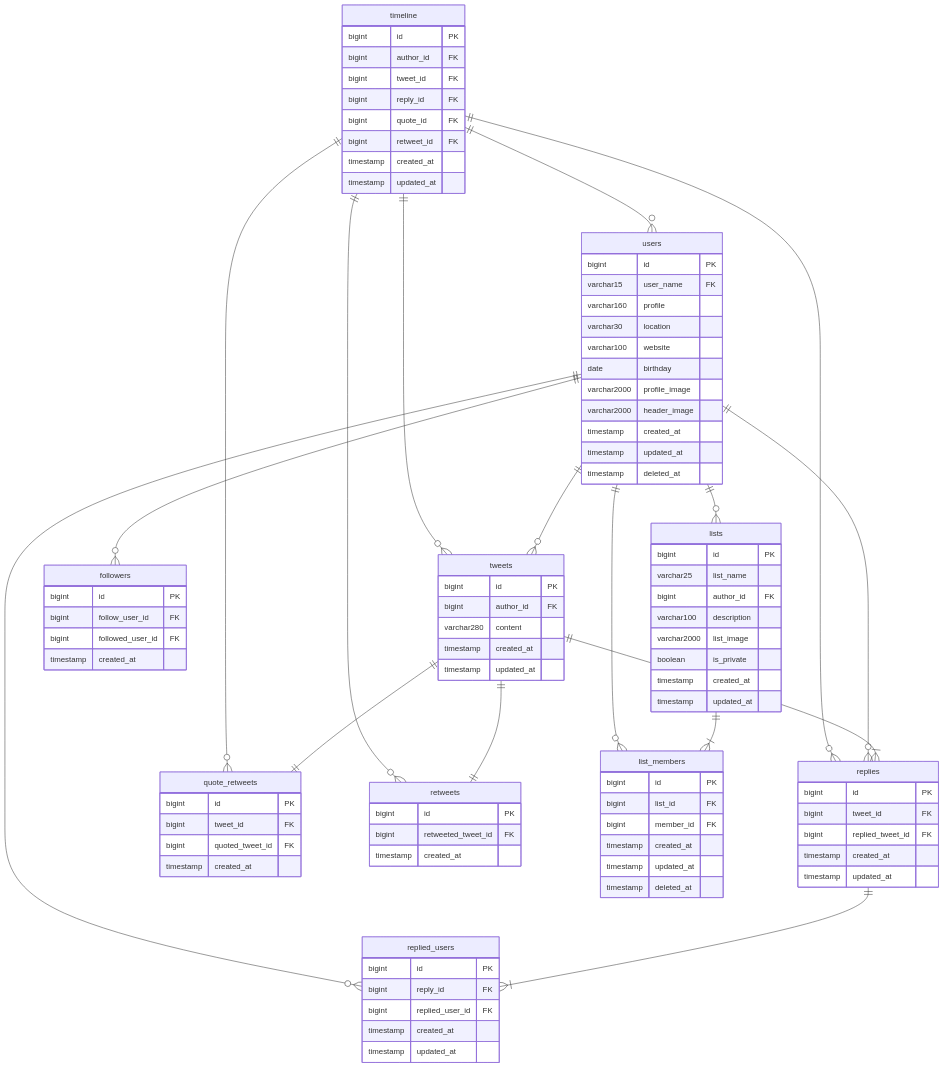
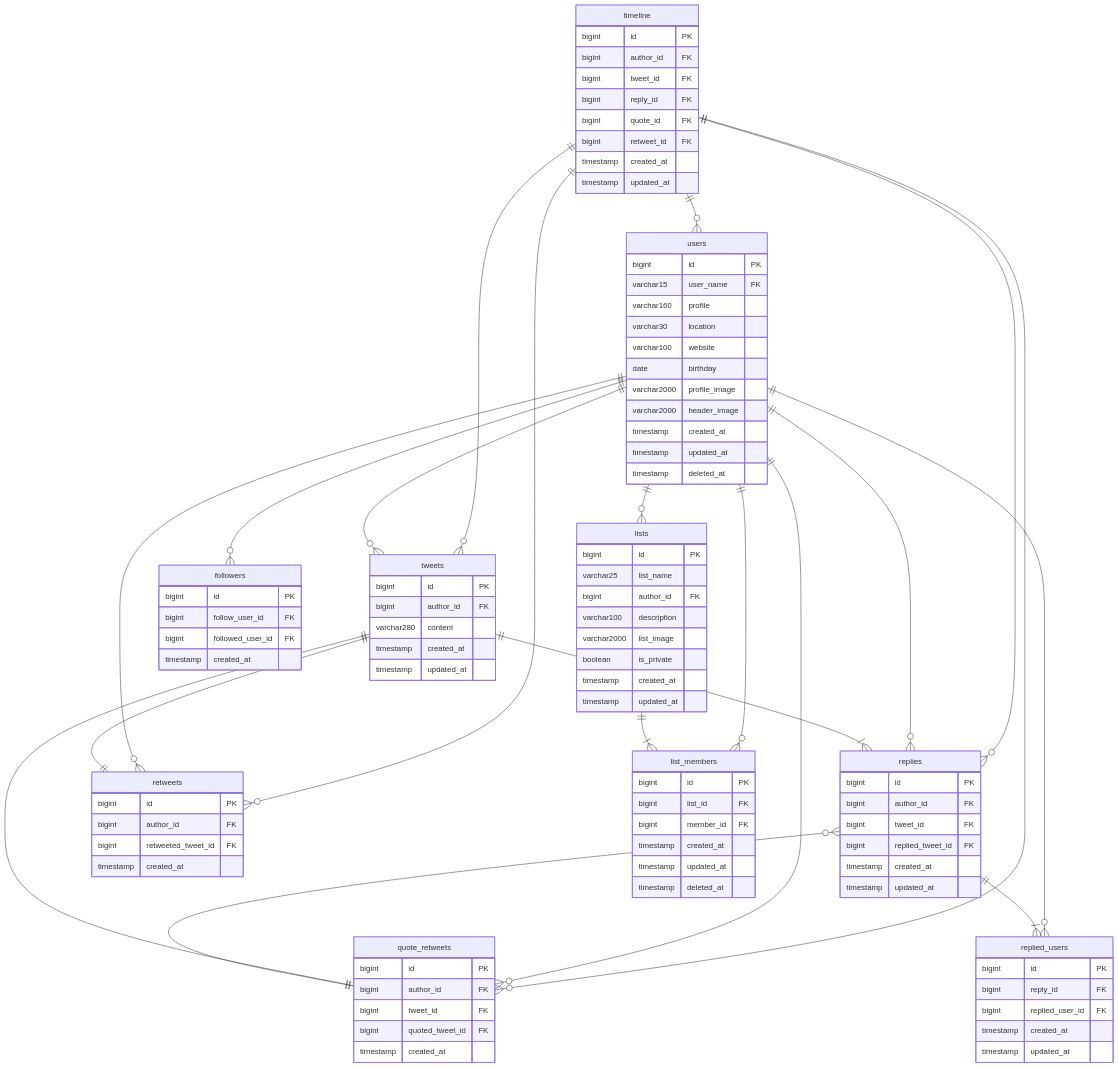
The diagram in ERD/twitter_ERD.md (sp8783/til), drawn with Mermaid before and after one commit. The commit also changed 1 other file, not shown here.

Commit message:
Update ERD/twitter_ERD.md and ERD/twitter_tb.md

```diff
--- a/ERD/twitter_ERD.md
+++ b/ERD/twitter_ERD.md
@@ -7,6 +7,8 @@
 	timeline ||--o{ retweets : ""
 	users ||--o{ tweets : ""
 	users ||--o{ replies : ""
+	users ||--o{ quote_retweets : ""
+	users ||--o{ retweets : ""
 	users ||--o{ replied_users : ""
 	users ||--o{ followers : ""
 	users ||--o{ lists : ""
@@ -15,6 +17,7 @@
 	tweets ||--|| quote_retweets : ""
 	tweets ||--|| retweets : ""
 	replies ||--|{ replied_users : ""
+	replies }o--|| quote_retweets : ""
 	lists ||--|{ list_members : ""
 
 	timeline {
@@ -49,6 +52,7 @@
 	}
 	replies {
 	  bigint id PK
+	  bigint author_id FK
 	  bigint tweet_id FK
 	  bigint replied_tweet_id FK
 	  timestamp created_at
@@ -63,12 +67,14 @@
 	}
 	quote_retweets {
 	  bigint id PK
+	  bigint author_id FK
 	  bigint tweet_id FK
 	  bigint quoted_tweet_id FK
 	  timestamp created_at
 	}
 	retweets {
 	  bigint id PK
+	  bigint author_id FK
 	  bigint retweeted_tweet_id FK
 	  timestamp created_at
 	}
```
